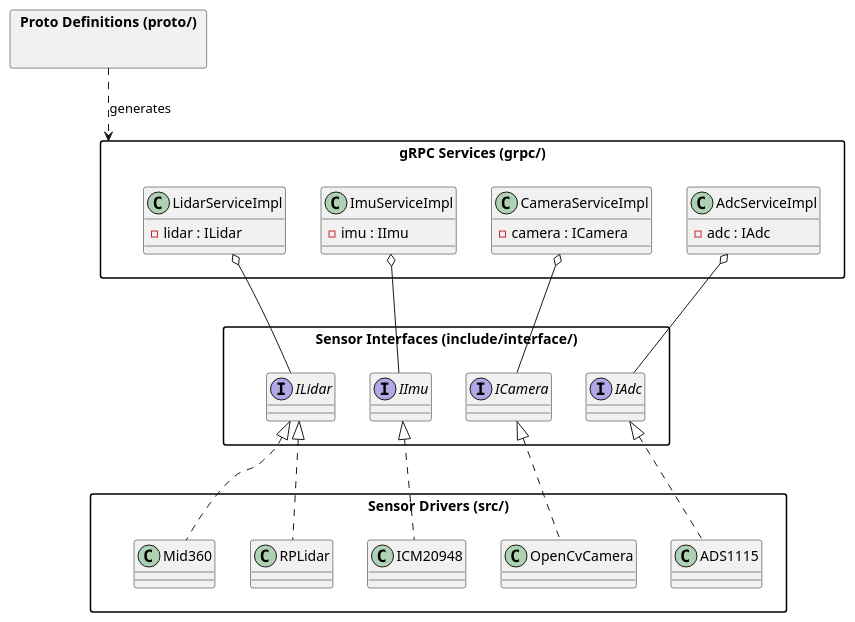
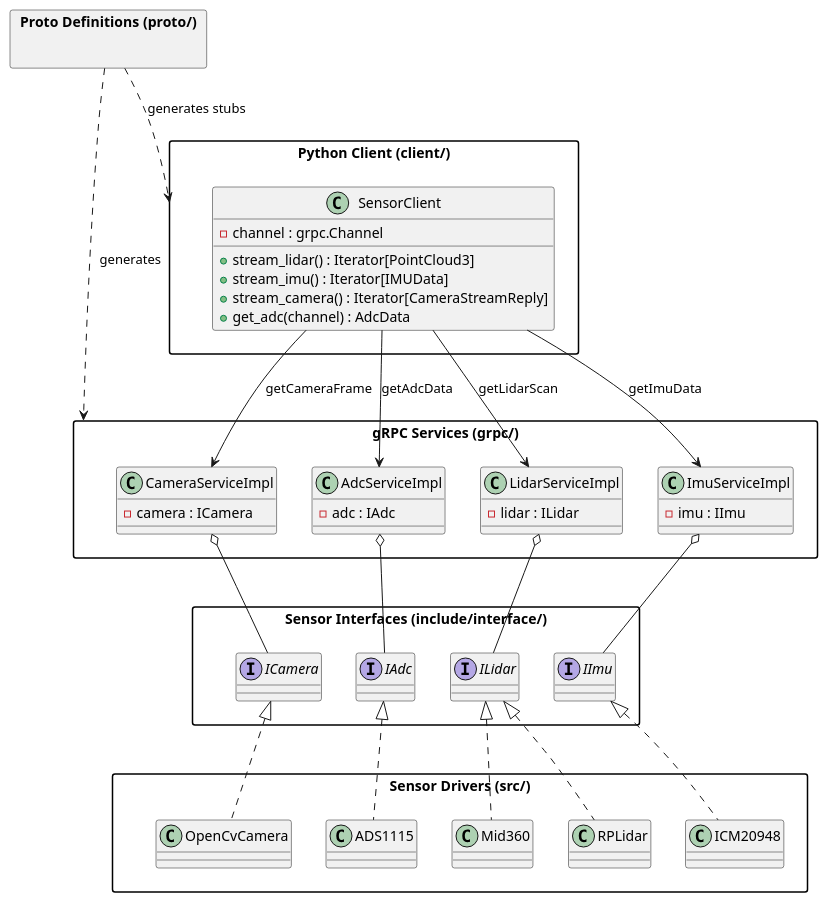
One commit to Marcus-Forte/msensor changed the diagram in docs/arch.puml. Above: the diagram before and after it, drawn with PlantUML. The commit also changed 3 other files, not shown here.

```diff
--- a/docs/arch.puml
+++ b/docs/arch.puml
@@ -1,56 +1,78 @@
 @startuml Architecture
 
 skinparam packageStyle rectangle
 
 package "Proto Definitions (proto/)" as P {
 }
 
 package "gRPC Services (grpc/)" as S {
     class LidarServiceImpl {
         -lidar : ILidar
     }
     class ImuServiceImpl {
         -imu : IImu
     }
     class CameraServiceImpl {
         -camera : ICamera
     }
     class AdcServiceImpl {
         -adc : IAdc
     }
 }
+
+package "Python Client (client/)" as C {
+    class SensorClient {
+        -channel : grpc.Channel
+        +stream_lidar() : Iterator[PointCloud3]
+        +stream_imu() : Iterator[IMUData]
+        +stream_camera() : Iterator[CameraStreamReply]
+        +get_adc(channel) : AdcData
+    }
+}
+
+' Keep client beside services
+S -right[hidden]- C
 
 package "Sensor Interfaces (include/interface/)" as I {
     interface ILidar
     interface IImu
     interface ICamera
     interface IAdc
 }
 
 package "Sensor Drivers (src/)" as D {
     class RPLidar
     class Mid360
     class ICM20948
     class OpenCvCamera
     class ADS1115
 }
 
 ' Proto generates services
 P ..> S : generates
 
 ' Services depend on Interfaces (dependency injection)
 LidarServiceImpl o-- ILidar
 ImuServiceImpl o-- IImu
 CameraServiceImpl o-- ICamera
 AdcServiceImpl o-- IAdc
 
 ' Force Drivers below Interfaces
 I -down[hidden]- D
 
 ' Drivers implement Interfaces
 RPLidar .up.|> ILidar
 Mid360 .up.|> ILidar
 ICM20948 .up.|> IImu
 OpenCvCamera .up.|> ICamera
 ADS1115 .up.|> IAdc
+
+' Proto generates client stubs used by the Python client
+P ..> C : generates stubs
+
+' Client calls gRPC services
+SensorClient --> LidarServiceImpl : getLidarScan
+SensorClient --> ImuServiceImpl : getImuData
+SensorClient --> CameraServiceImpl : getCameraFrame
+SensorClient --> AdcServiceImpl : getAdcData
 @enduml
```
